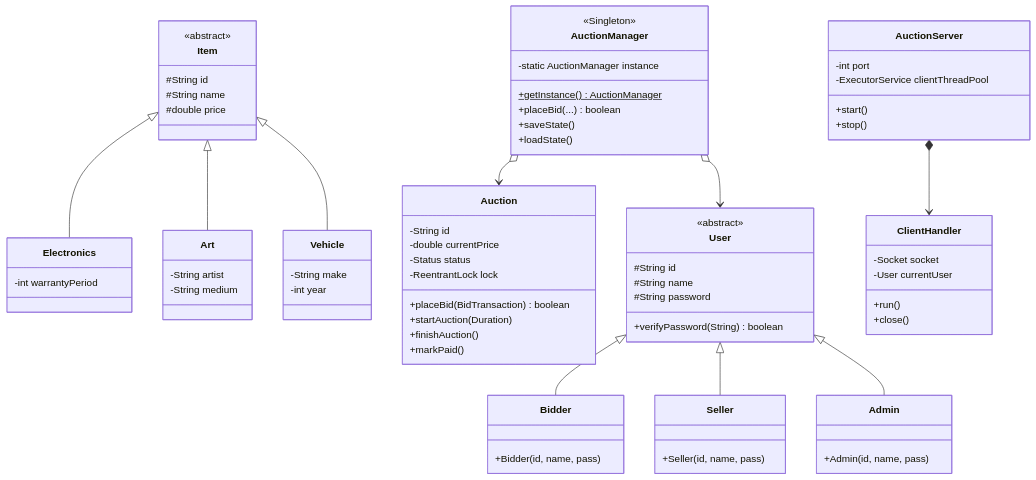
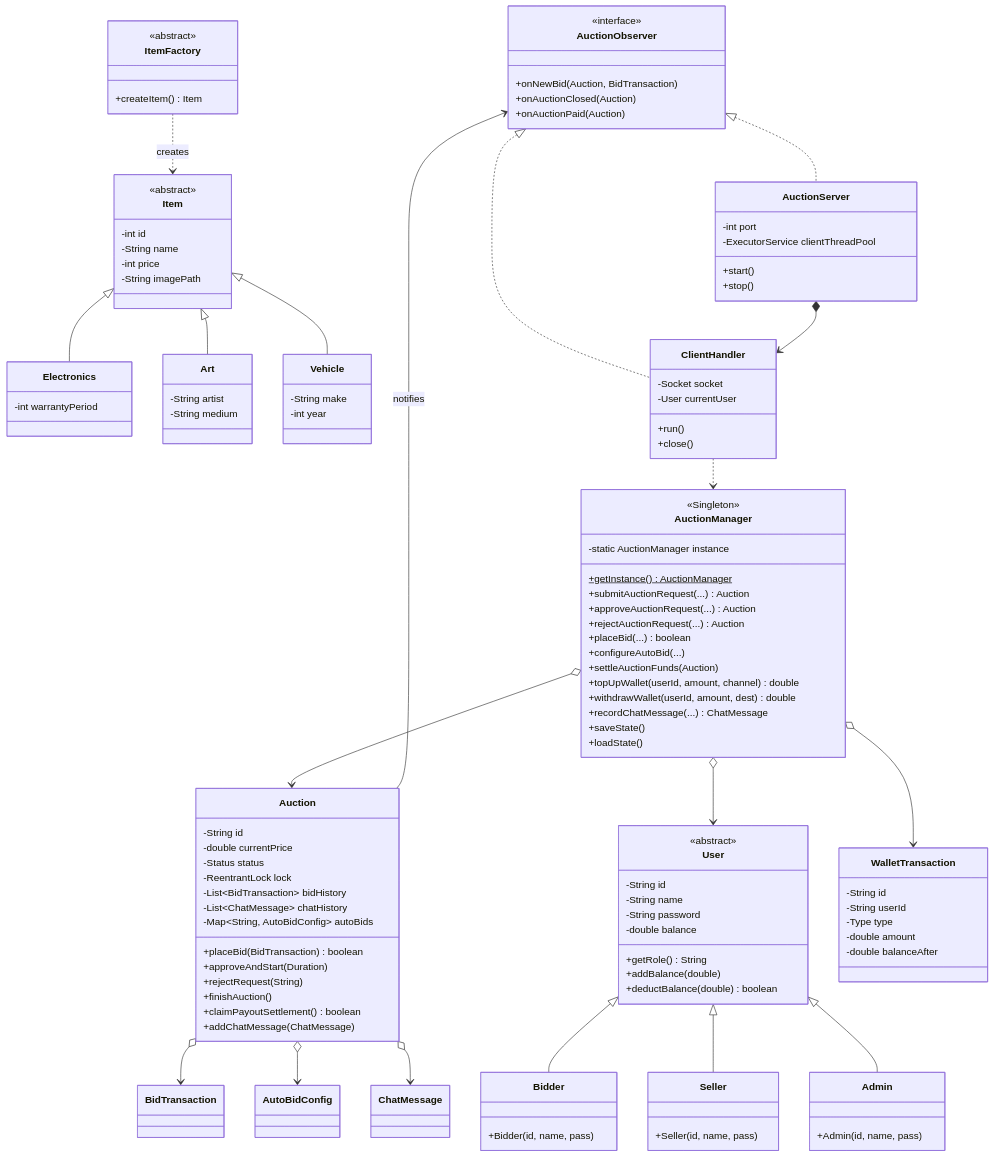
The first of 2 diagrams in README.md (miraidaihirai/advanced-auction-system), drawn with Mermaid before and after one commit. The commit also changed other lines of this file and 86 other files, not shown here.

Commit message:
feat(bidx): complete BidX 3-role UI, wallet deposit/withdraw, persistent chat+emoji, 22 luxury items, light/dark mode and updated README

````diff
--- a/README.md
+++ b/README.md
@@ -175,10 +191,13 @@
 classDiagram
     class User {
         <<abstract>>
-        #String id
-        #String name
-        #String password
-        +verifyPassword(String) boolean
+        -String id
+        -String name
+        -String password
+        -double balance
+        +getRole() String
+        +addBalance(double)
+        +deductBalance(double) boolean
     }
     class Bidder {
         +Bidder(id, name, pass)
@@ -195,9 +214,14 @@
 
     class Item {
         <<abstract>>
-        #String id
-        #String name
-        #double price
+        -int id
+        -String name
+        -int price
+        -String imagePath
+    }
+    class ItemFactory {
+        <<abstract>>
+        +createItem() Item
     }
     class Electronics {
         -int warrantyPeriod
@@ -213,17 +237,62 @@
     Item <|-- Electronics
     Item <|-- Art
     Item <|-- Vehicle
+    ItemFactory ..> Item : creates
+
+    class AuctionObserver {
+        <<interface>>
+        +onNewBid(Auction, BidTransaction)
+        +onAuctionClosed(Auction)
+        +onAuctionPaid(Auction)
+    }
 
     class Auction {
         -String id
         -double currentPrice
         -Status status
         -ReentrantLock lock
+        -List~BidTransaction~ bidHistory
+        -List~ChatMessage~ chatHistory
+        -Map~String, AutoBidConfig~ autoBids
         +placeBid(BidTransaction) boolean
-        +startAuction(Duration)
+        +approveAndStart(Duration)
+        +rejectRequest(String)
         +finishAuction()
-        +markPaid()
+        +claimPayoutSettlement() boolean
+        +addChatMessage(ChatMessage)
     }
+    Auction o--> BidTransaction
+    Auction o--> AutoBidConfig
+    Auction o--> ChatMessage
+    Auction --> AuctionObserver : notifies
+
+    class WalletTransaction {
+        -String id
+        -String userId
+        -Type type
+        -double amount
+        -double balanceAfter
+    }
+
+    class AuctionManager {
+        <<Singleton>>
+        -static AuctionManager instance
+        +getInstance()$ AuctionManager
+        +submitAuctionRequest(...) Auction
+        +approveAuctionRequest(...) Auction
+        +rejectAuctionRequest(...) Auction
+        +placeBid(...) boolean
+        +configureAutoBid(...)
+        +settleAuctionFunds(Auction)
+        +topUpWallet(userId, amount, channel) double
+        +withdrawWallet(userId, amount, dest) double
+        +recordChatMessage(...) ChatMessage
+        +saveState()
+        +loadState()
+    }
+    AuctionManager o--> Auction
+    AuctionManager o--> User
+    AuctionManager o--> WalletTransaction
 
     class AuctionServer {
         -int port
@@ -237,16 +306,8 @@
         +run()
         +close()
     }
+    AuctionObserver <|.. AuctionServer
+    AuctionObserver <|.. ClientHandler
     AuctionServer *--> ClientHandler
-
-    class AuctionManager {
-        <<Singleton>>
-        -static AuctionManager instance
-        +getInstance()$ AuctionManager
-        +placeBid(...) boolean
-        +saveState()
-        +loadState()
-    }
-    AuctionManager o--> Auction
-    AuctionManager o--> User
+    ClientHandler ..> AuctionManager
 ```
````
